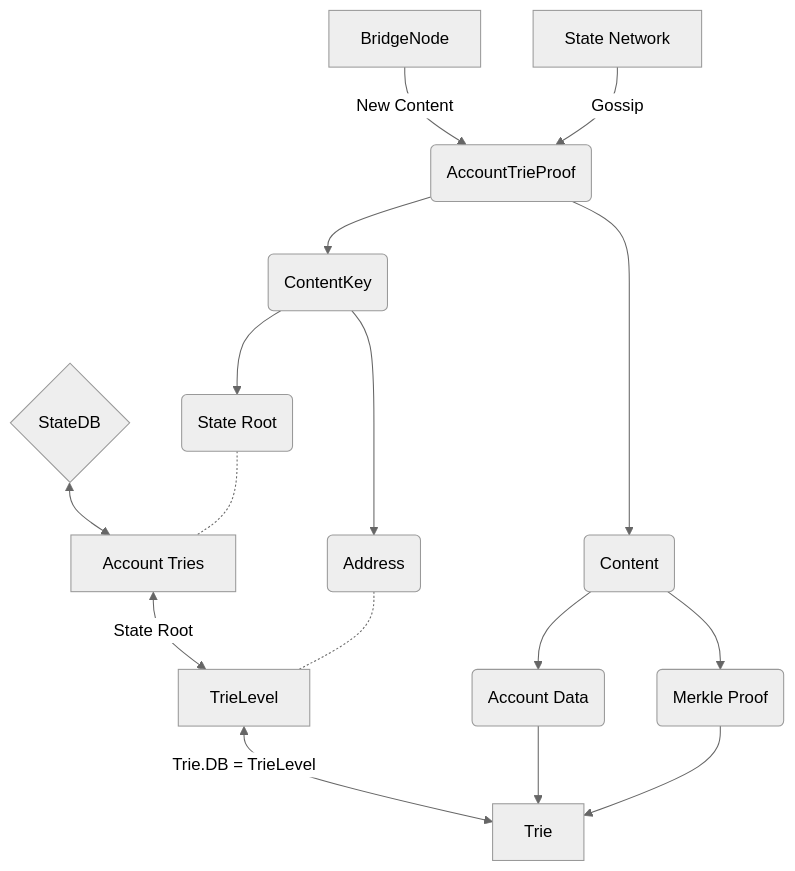
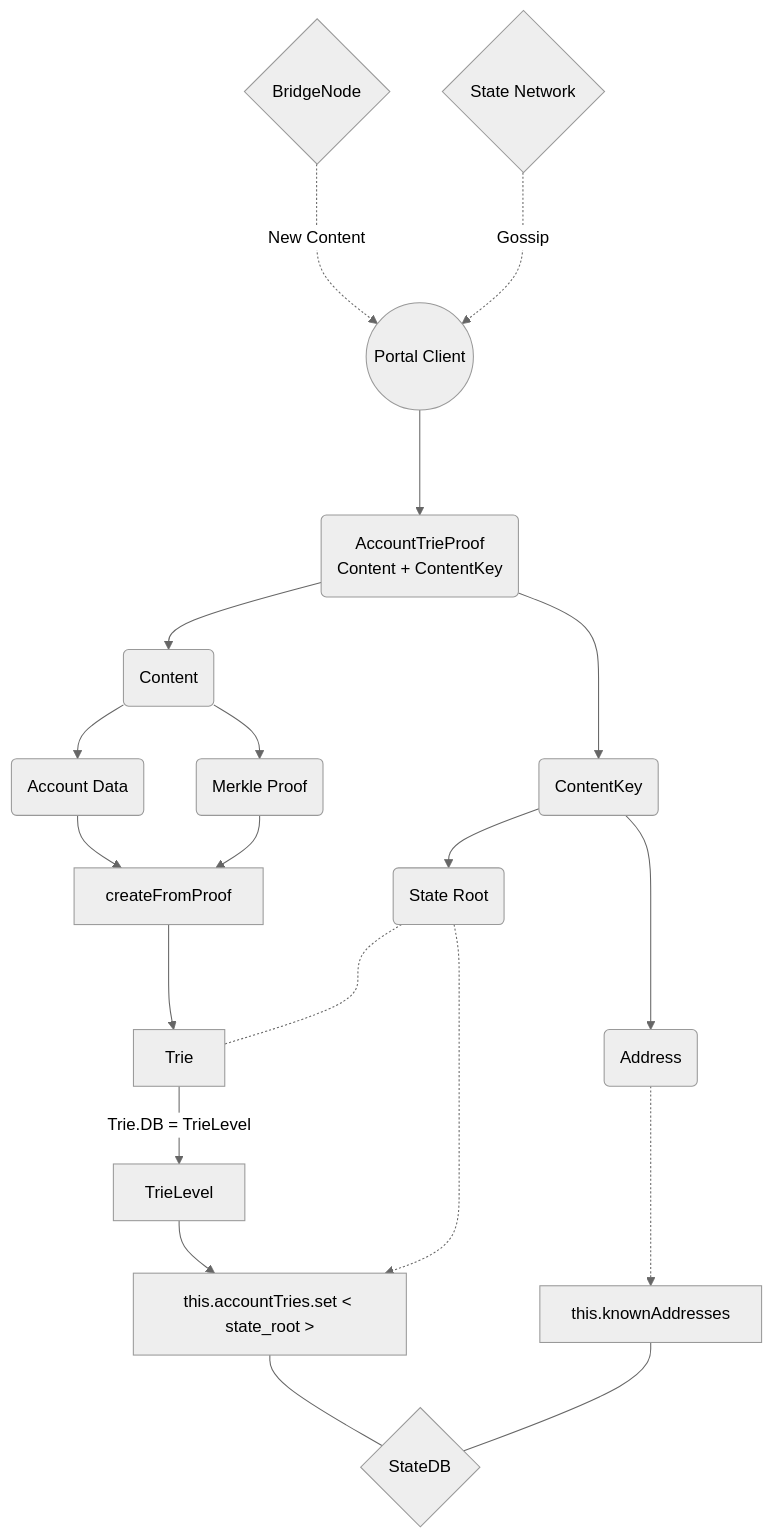
One commit to ethereumjs/ultralight changed the second of 5 diagrams in packages/portalnetwork/diagrams/STATE_DB.md. Above: the diagram before and after it, drawn with Mermaid (neutral theme).

Commit message:
edit diagram

````diff
--- a/packages/portalnetwork/diagrams/STATE_DB.md
+++ b/packages/portalnetwork/diagrams/STATE_DB.md
@@ -52,25 +52,30 @@
 ```mermaid
 flowchart TD
-    Bridge[BridgeNode]
-    Network[State Network]
+    Bridge{BridgeNode}
+    Network{State Network}
     StateDB{StateDB}
     ACC(Account Data)
     PROOF(Merkle Proof)
-    ATP(AccountTrieProof)
-    Bridge -->|New Content| ATP
-    Network -->|Gossip| ATP
+    PORTAL((Portal Client))
+    ATP(AccountTrieProof<br/>Content + ContentKey)
+    Bridge -..->|New Content| PORTAL
+    Network -..->|Gossip| PORTAL
+    PORTAL ---> ATP
     ATP --> KEY(ContentKey)
     ATP --> CON(Content)
     KEY --> ROOT(State Root)
     KEY --> ADD(Address)
     CON --> PROOF
     CON --> ACC
     PROOF
-    StateDB <--> Subs[Account Tries]
-    Subs <--> |State Root| Sub[TrieLevel]
-    Sub <--> |Trie.DB = TrieLevel| Trie[Trie]
-    ACC --> Trie
-    PROOF --> Trie
-    ROOT -.- Subs
-    ADD -.- Sub
+    Subs[this.accountTries.set < state_root > ] --- StateDB 
+    Sub[TrieLevel]--> Subs 
+    CREATE[createFromProof] ---> Trie
+    Trie --> |Trie.DB = TrieLevel| Sub
+    ACC --> CREATE
+    PROOF --> CREATE
+    ROOT -.-> Subs
+    ROOT -..- Trie
+    ADD -..-> KNOWN[this.knownAddresses]
+    KNOWN --- StateDB
 ```
````
